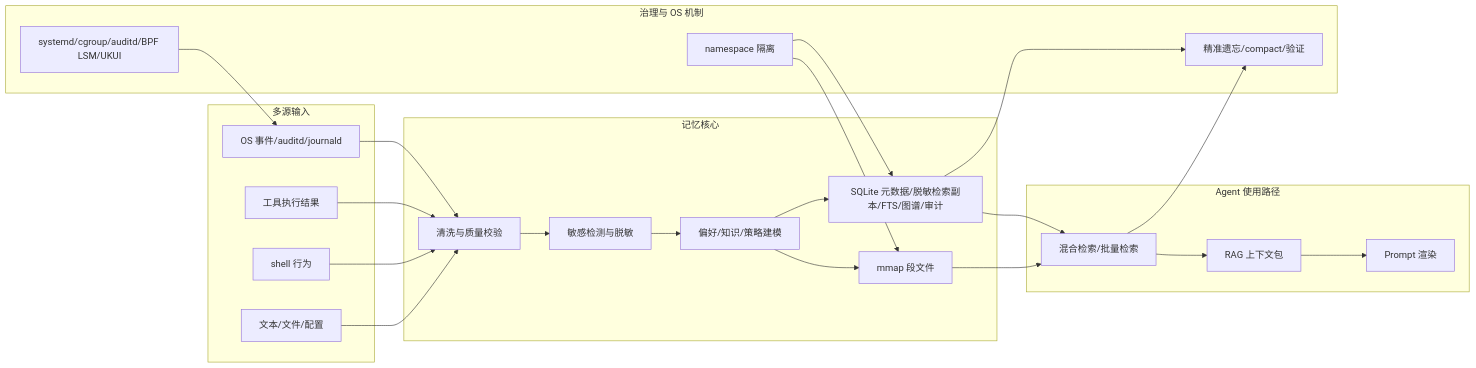
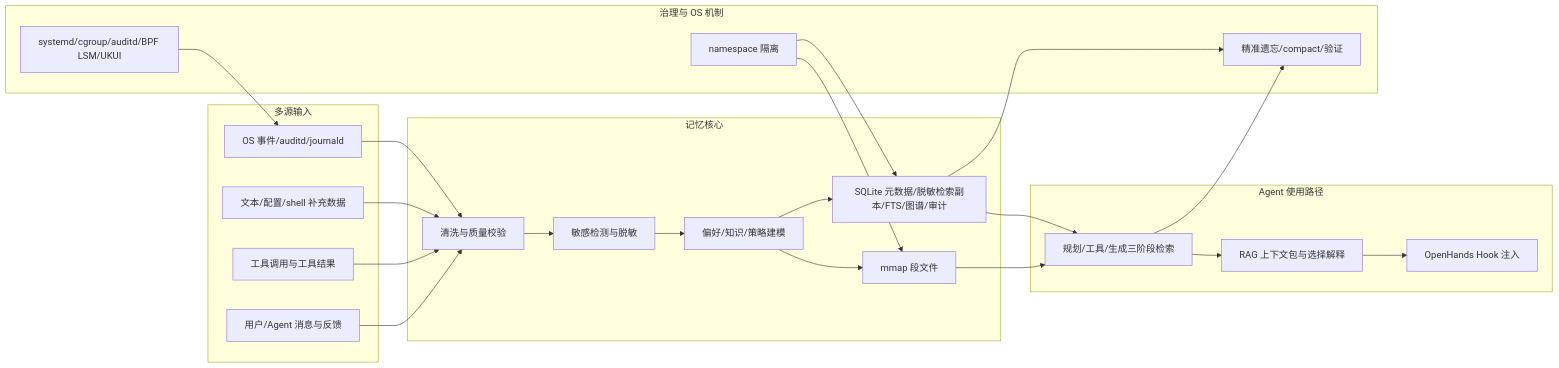
The diagram in README.md (Alexd-star/memguardos), drawn with Mermaid before and after one commit. The commit also changed other lines of this file and 12 other files, not shown here.

````diff
--- a/README.md
+++ b/README.md
@@ -73,47 +75,47 @@
 ```mermaid
 flowchart LR
     subgraph Sources["多源输入"]
-        A["文本/文件/配置"]
-        B["shell 行为"]
-        C["工具执行结果"]
+        A["用户/Agent 消息与反馈"]
+        B["工具调用与工具结果"]
+        C["文本/配置/shell 补充数据"]
         D["OS 事件/auditd/journald"]
     end
 
     subgraph Core["记忆核心"]
         E["清洗与质量校验"]
         F["敏感检测与脱敏"]
         G["偏好/知识/策略建模"]
         H["mmap 段文件"]
         I["SQLite 元数据/脱敏检索副本/FTS/图谱/审计"]
     end
 
     subgraph Use["Agent 使用路径"]
-        J["混合检索/批量检索"]
-        K["RAG 上下文包"]
-        L["Prompt 渲染"]
+        J["规划/工具/生成三阶段检索"]
+        K["RAG 上下文包与选择解释"]
+        L["OpenHands Hook 注入"]
     end
 
     subgraph Govern["治理与 OS 机制"]
         M["精准遗忘/compact/验证"]
         N["namespace 隔离"]
         O["systemd/cgroup/auditd/BPF LSM/UKUI"]
     end
 
     A --> E
     B --> E
     C --> E
     D --> E
     E --> F
     F --> G
     G --> H
     G --> I
     H --> J
     I --> J
     J --> K
     K --> L
     J --> M
     I --> M
     N --> H
     N --> I
     O --> D
 ```
````
